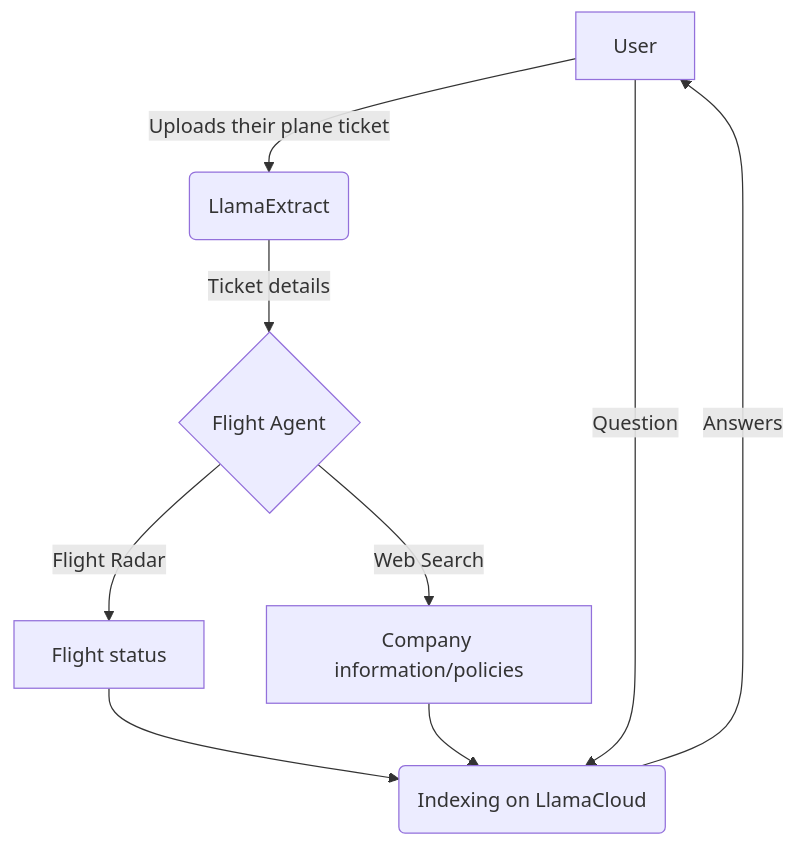
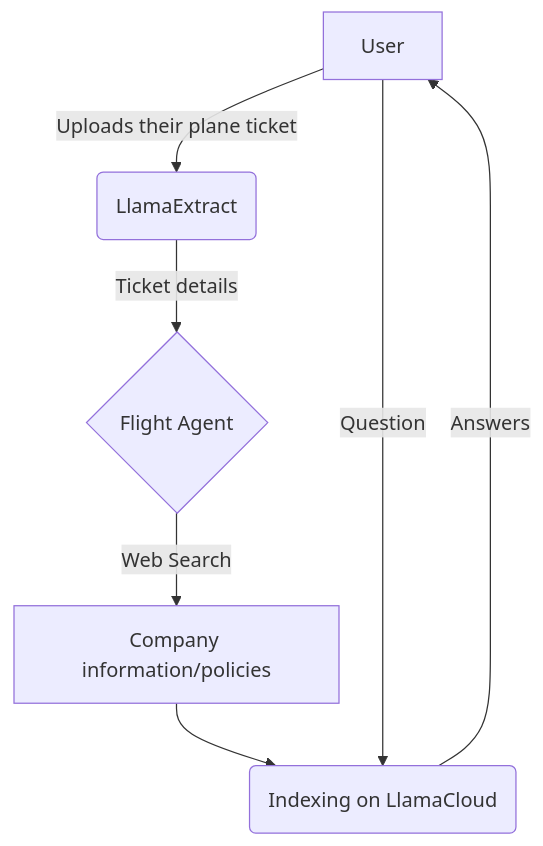
One commit to AstraBert/mcp-on-the-flight changed the diagram in README.md. Above: the diagram before and after it, drawn with Mermaid. The commit also changed other lines of this file and 22 other files, not shown here.

````diff
--- a/README.md
+++ b/README.md
@@ -11,11 +9,9 @@
 ```mermaid
 flowchart TD
     A[User] -->|Uploads their plane ticket| B(LlamaExtract)
     B -->|Ticket details| C{Flight Agent}
     C -->|Web Search| D[Company information/policies]
-    C -->|Flight Radar| E[Flight status]
-    E --> F(Indexing on LlamaCloud)
-    D --> F
+    D --> F(Indexing on LlamaCloud)
     A --> |Question| F
     F --> |Answers| A
 ```
````
